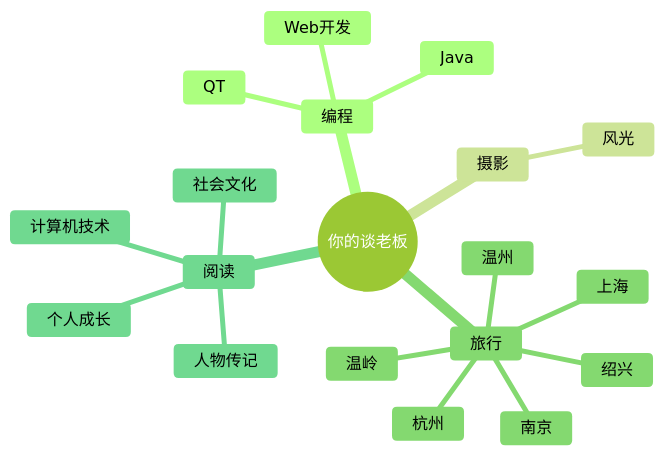
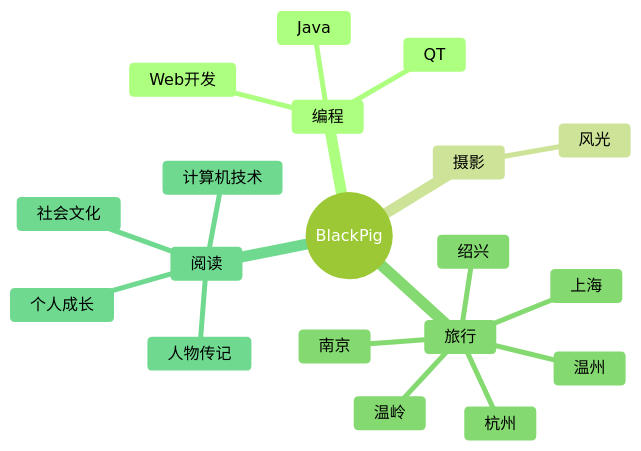
One commit to zzp-create/zzp-create changed the diagram in README.md. Above: the diagram before and after it, drawn with Mermaid (forest theme).

````diff
--- a/README.md
+++ b/README.md
@@ -55,22 +55,22 @@
 ```mermaid
 mindmap
-  root((你的谈老板))
+  root((BlackPig))
     编程
       Web开发
       QT
       Java
     摄影
       风光
     旅行
       南京
       上海
       温州
       温岭
       杭州
       绍兴
     阅读
       人物传记
       个人成长
       社会文化
       计算机技术
 ```
````
